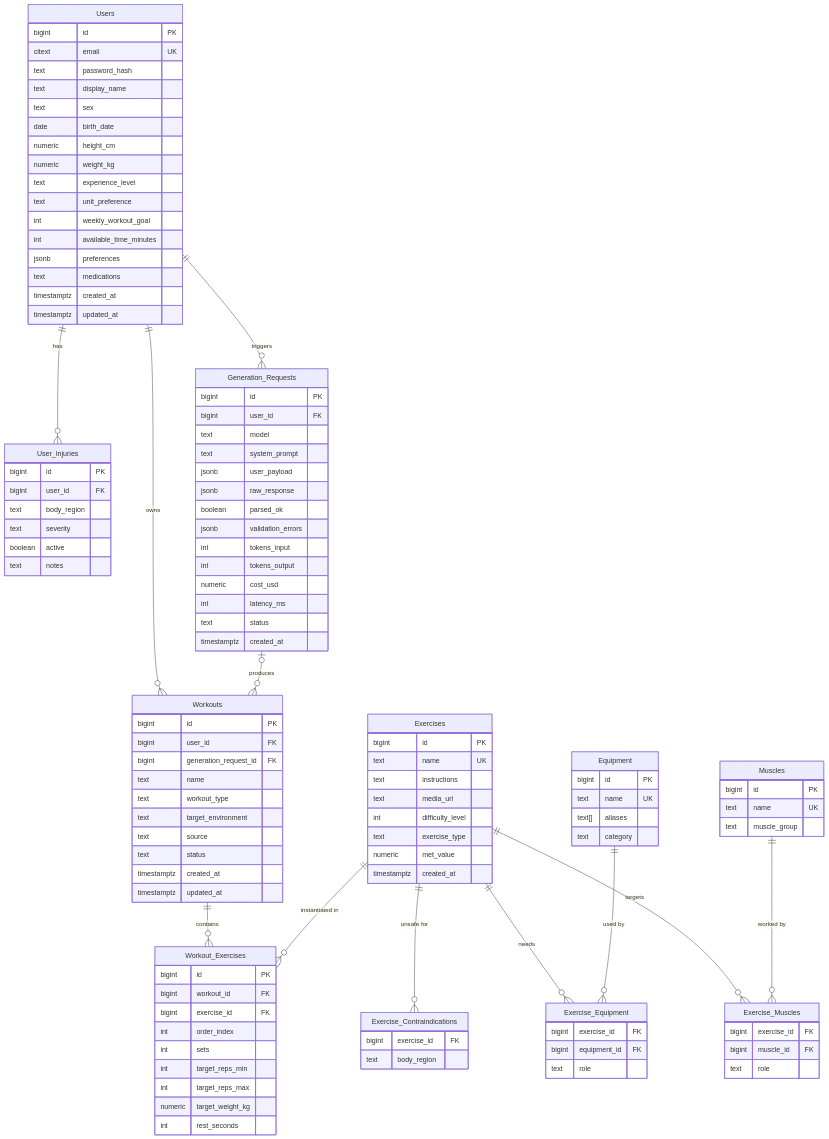
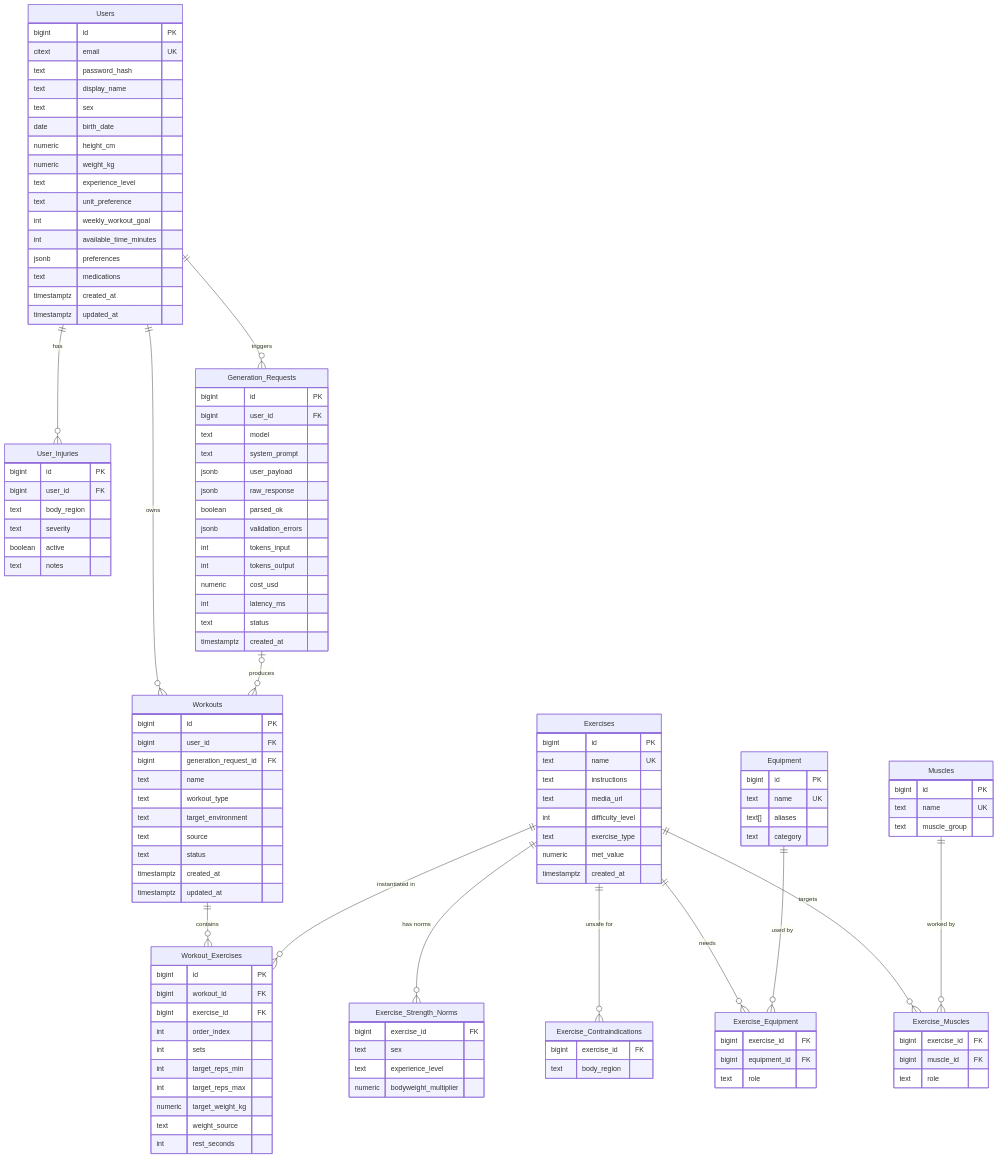
Before and after one commit to itaim900/Kinetiq: the diagram in docs/01-data-model.md, drawn with Mermaid. The commit also changed other lines of this file and 3 other files, not shown here.

Commit message:
docs: add LLM port design; deterministic starting-weight engine + weight_source

```diff
--- a/docs/01-data-model.md
+++ b/docs/01-data-model.md
@@ -41,6 +41,7 @@
     Exercises ||--o{ Exercise_Equipment : needs
     Equipment ||--o{ Exercise_Equipment : "used by"
     Exercises ||--o{ Exercise_Contraindications : "unsafe for"
+    Exercises ||--o{ Exercise_Strength_Norms : "has norms"
 
     Workouts  ||--o{ Workout_Exercises : contains
     Exercises ||--o{ Workout_Exercises : "instantiated in"
@@ -127,7 +128,14 @@
         int target_reps_min
         int target_reps_max
         numeric target_weight_kg
+        text weight_source
         int rest_seconds
+    }
+    Exercise_Strength_Norms {
+        bigint exercise_id FK
+        text sex
+        text experience_level
+        numeric bodyweight_multiplier
     }
     Generation_Requests {
         bigint id PK
```
